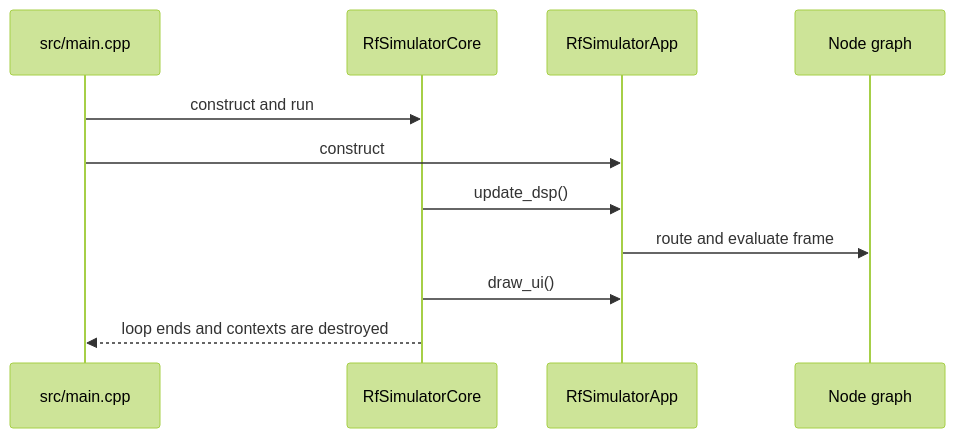
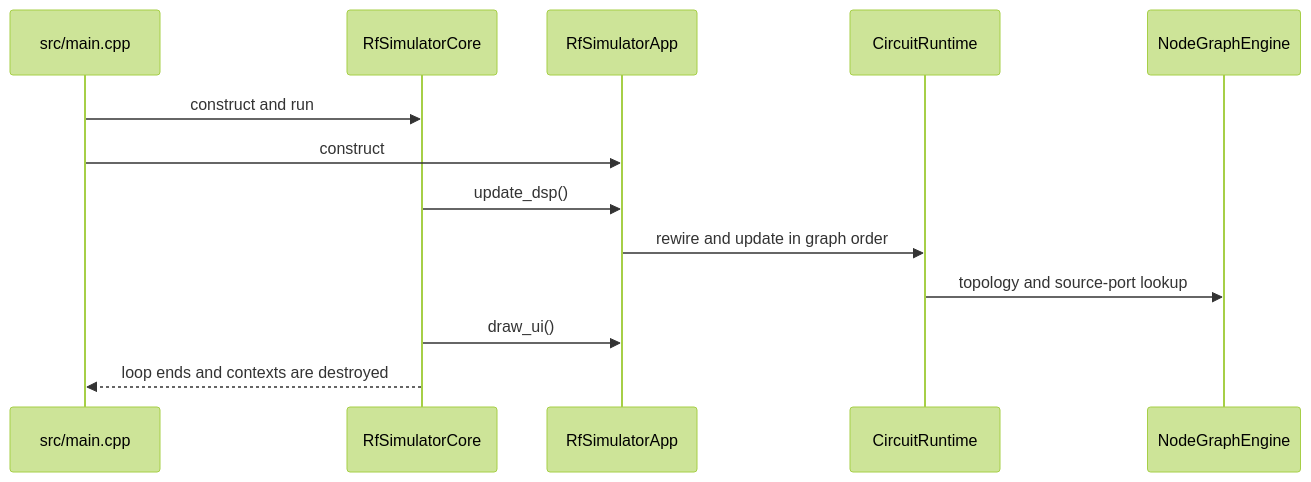
One commit to striderZA/Tiny-RF-Simulator changed the diagram in openwiki/quickstart.md. Above: the diagram before and after it, drawn with Mermaid (forest theme). The commit also changed other lines of this file and 22 other files, not shown here.

````diff
--- a/openwiki/quickstart.md
+++ b/openwiki/quickstart.md
@@ -68,13 +80,15 @@
 ```mermaid
 sequenceDiagram
     participant Main as src/main.cpp
     participant Core as RfSimulatorCore
     participant App as RfSimulatorApp
-    participant Graph as Node graph
+    participant Runtime as CircuitRuntime
+    participant Graph as NodeGraphEngine
     Main->>Core: construct and run
     Main->>App: construct
     Core->>App: update_dsp()
-    App->>Graph: route and evaluate frame
+    App->>Runtime: rewire and update in graph order
+    Runtime->>Graph: topology and source-port lookup
     Core->>App: draw_ui()
     Core-->>Main: loop ends and contexts are destroyed
 ```
````
